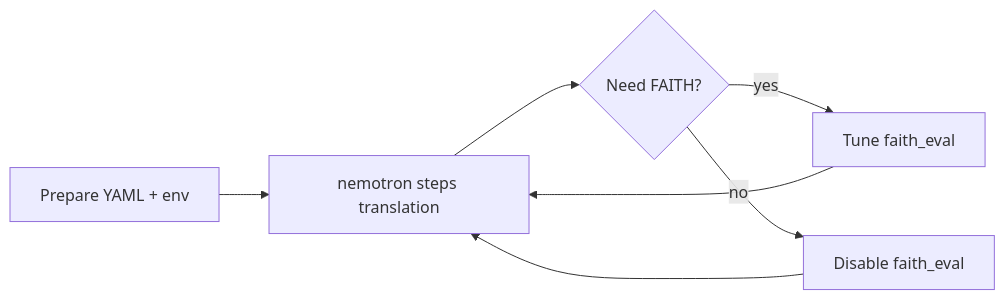
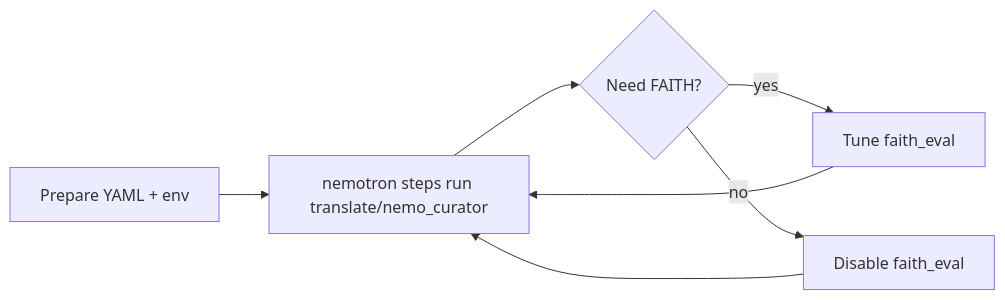
The diagram in docs/translation/how-to/index.md (mikemckiernan/Nemotron), drawn with Mermaid before and after one commit. The commit also changed other lines of this file and 76 other files, not shown here.

````diff
--- a/docs/translation/how-to/index.md
+++ b/docs/translation/how-to/index.md
@@ -103,9 +103,9 @@
 ```{mermaid}
 graph LR
-    A[Prepare YAML + env] --> B[nemotron steps translation]
+    A[Prepare YAML + env] --> B[nemotron steps run translate/nemo_curator]
     B --> C{Need FAITH?}
     C -->|yes| D[Tune faith_eval]
     C -->|no| E[Disable faith_eval]
     D --> B
     E --> B
 ```
````
